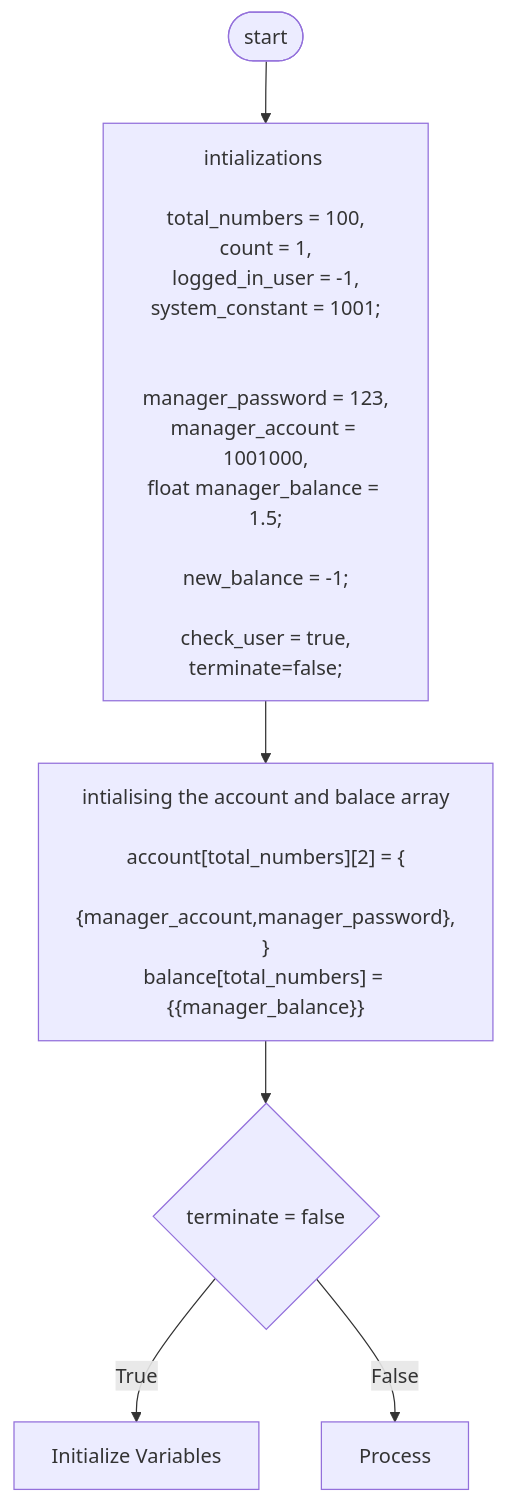
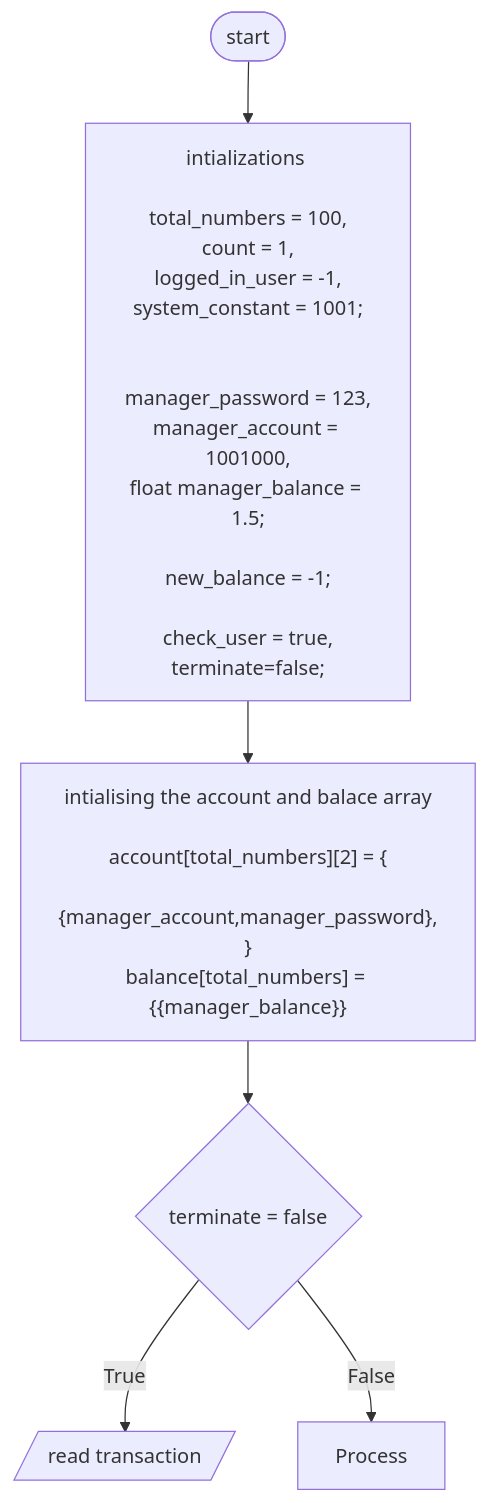
The first of 2 diagrams in FoP I/flowchart.md (Ludis-ET/Bank-Account), drawn with Mermaid before and after one commit.

Commit message:
in the looop

````diff
--- a/FoP I/flowchart.md
+++ b/FoP I/flowchart.md
@@ -1,41 +1,41 @@
 ```mermaid
     flowchart TD;
     A([start])-->B["
     intializations 
 
     total_numbers = 100,
     count = 1,
     logged_in_user = -1,
     system_constant = 1001;
 
 
     manager_password = 123,
     manager_account = 1001000,
     float manager_balance = 1.5;
     
     new_balance = -1;
 
     check_user = true,
     terminate=false;
     
     "];
 
 
     B-->C["
     
     intialising the account and balace array
 
     account[total_numbers][2] = {
         {manager_account,manager_password},
     }
     balance[total_numbers] = {{manager_balance}}
 
     "];
 
 
     C-->D{terminate = false}
-    D -->|True| E[Initialize Variables]
+    D -->|True| E[/read transaction/]
 
 
     D -->|False| F[Process]
 ```
````
